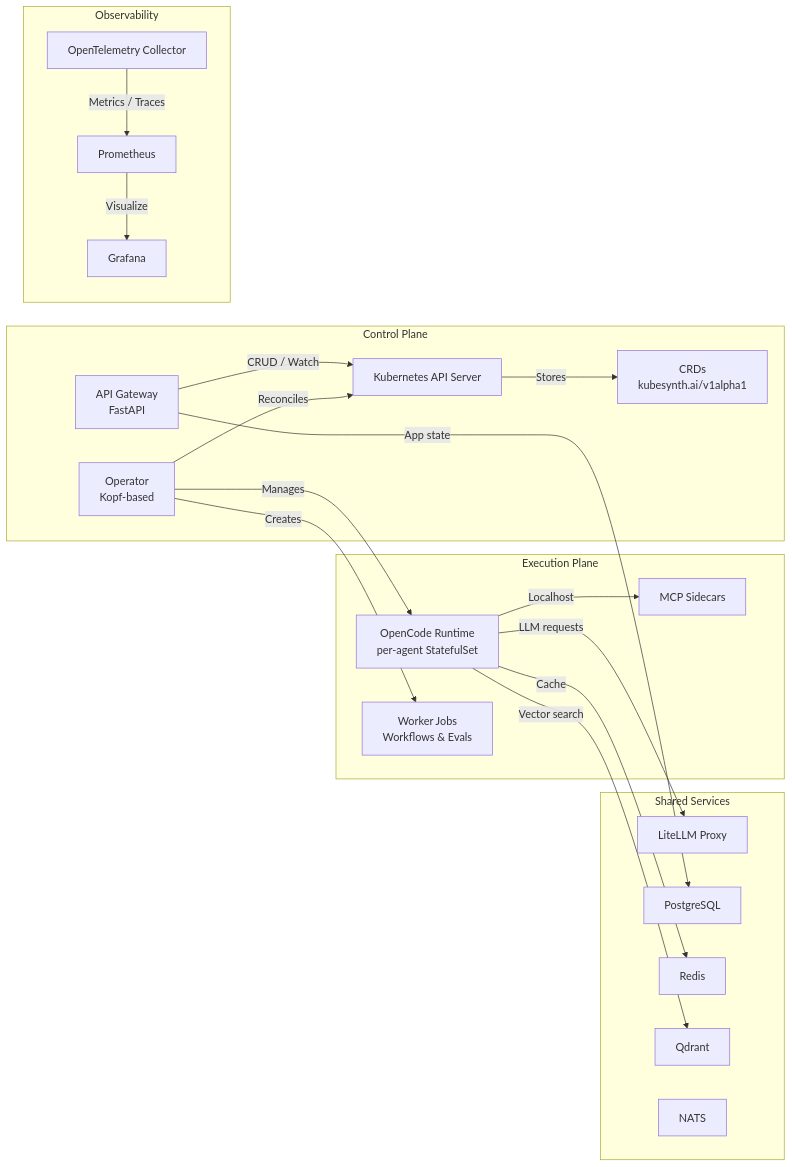
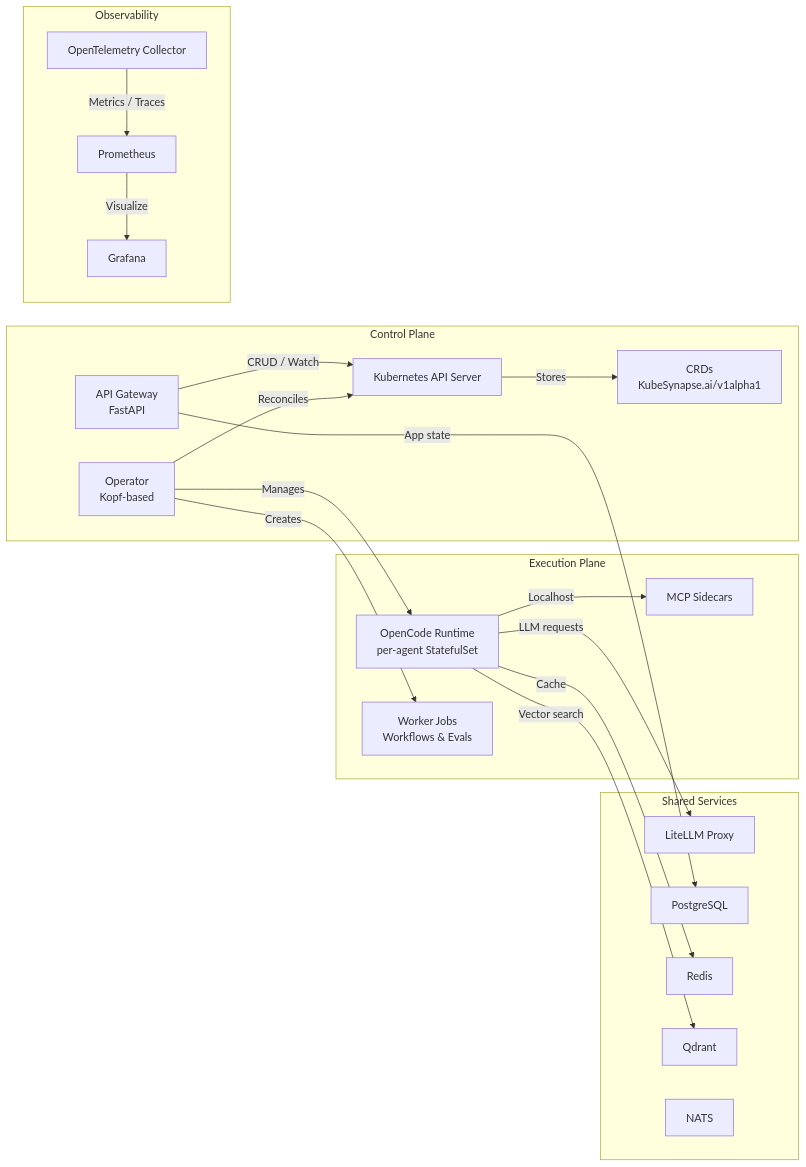
The second of 5 diagrams in docs/architecture.md (ykbytes/kubesynapse.ai), drawn with Mermaid before and after one commit. The commit also changed other lines of this file and 429 other files, not shown here.

````diff
--- a/docs/architecture.md
+++ b/docs/architecture.md
@@ -68,42 +68,42 @@
 ```mermaid
 flowchart LR
     subgraph Control["Control Plane"]
         K8S[Kubernetes API Server]
-        CRD[CRDs<br/>kubesynth.ai/v1alpha1]
+        CRD[CRDs<br/>KubeSynapse.ai/v1alpha1]
         OP[Operator<br/>Kopf-based]
         GW[API Gateway<br/>FastAPI]
     end
 
     subgraph Execution["Execution Plane"]
         RT[OpenCode Runtime<br/>per-agent StatefulSet]
         MCP[MCP Sidecars]
         Worker[Worker Jobs<br/>Workflows & Evals]
     end
 
     subgraph Shared["Shared Services"]
         LiteLLM[LiteLLM Proxy]
         PG[PostgreSQL]
         Redis[Redis]
         Qdrant[Qdrant]
         NATS[NATS]
     end
 
     subgraph Observability["Observability"]
         Prom[Prometheus]
         Graf[Grafana]
         OTEL[OpenTelemetry Collector]
     end
 
     GW -->|CRUD / Watch| K8S
     K8S -->|Stores| CRD
     OP -->|Reconciles| K8S
     OP -->|Manages| RT
     OP -->|Creates| Worker
     RT -->|LLM requests| LiteLLM
     RT -->|Vector search| Qdrant
     RT -->|Cache| Redis
     RT -->|Localhost| MCP
     GW -->|App state| PG
     OTEL -->|Metrics / Traces| Prom
     Prom -->|Visualize| Graf
 ```
````
